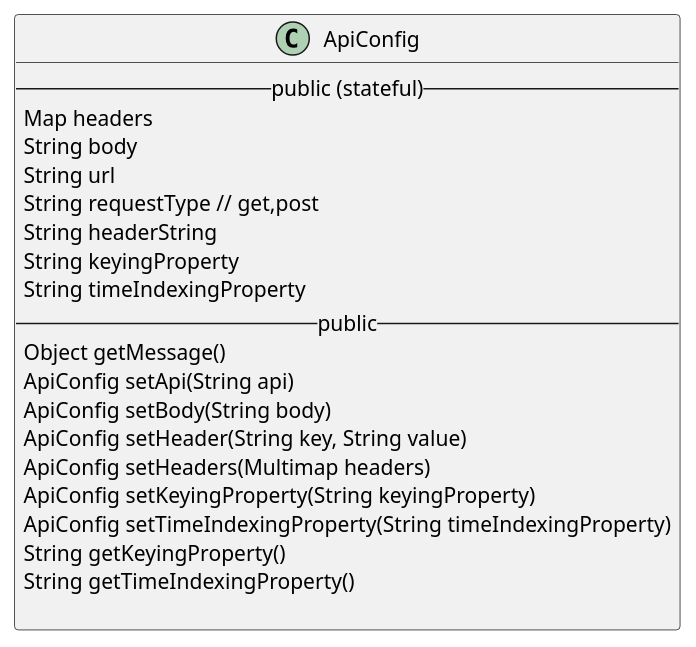
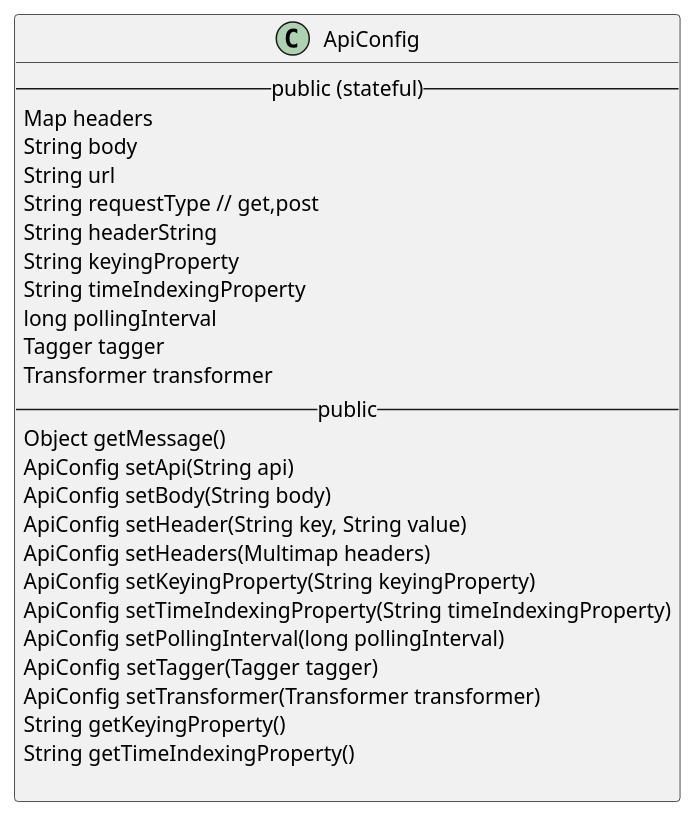
The diagram in docs/diagrams/ApiConfig.puml (datakaveri/iudx-adaptor-framework), drawn with PlantUML before and after one commit. The commit also changed other lines of this file and 12 other files, not shown here.

Commit message:
Stub hooks for tagger and transformer

```diff
--- a/docs/diagrams/ApiConfig.puml
+++ b/docs/diagrams/ApiConfig.puml
@@ -1,23 +1,29 @@
 @startuml
 class ApiConfig  {
   -- public (stateful) --
   Map headers
   String body
   String url
   String requestType // get,post
   String headerString
   String keyingProperty
   String timeIndexingProperty
+  long pollingInterval
+  Tagger tagger
+  Transformer transformer
   -- public --
   Object getMessage()
   ApiConfig setApi(String api)
   ApiConfig setBody(String body)
   ApiConfig setHeader(String key, String value)
   ApiConfig setHeaders(Multimap headers)
   ApiConfig setKeyingProperty(String keyingProperty)
   ApiConfig setTimeIndexingProperty(String timeIndexingProperty)
+  ApiConfig setPollingInterval(long pollingInterval)
+  ApiConfig setTagger(Tagger tagger)
+  ApiConfig setTransformer(Transformer transformer)
   String getKeyingProperty()
   String getTimeIndexingProperty()
 
 }
 @enduml
```
